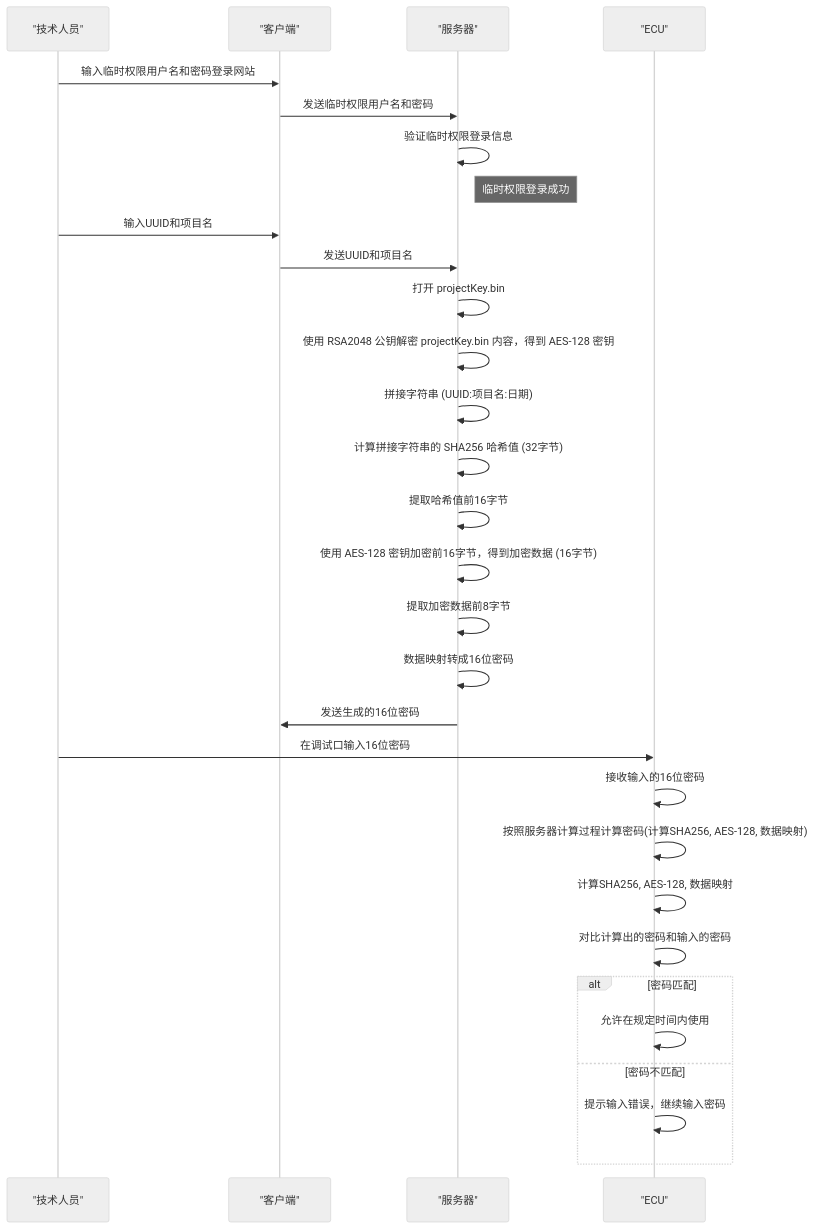
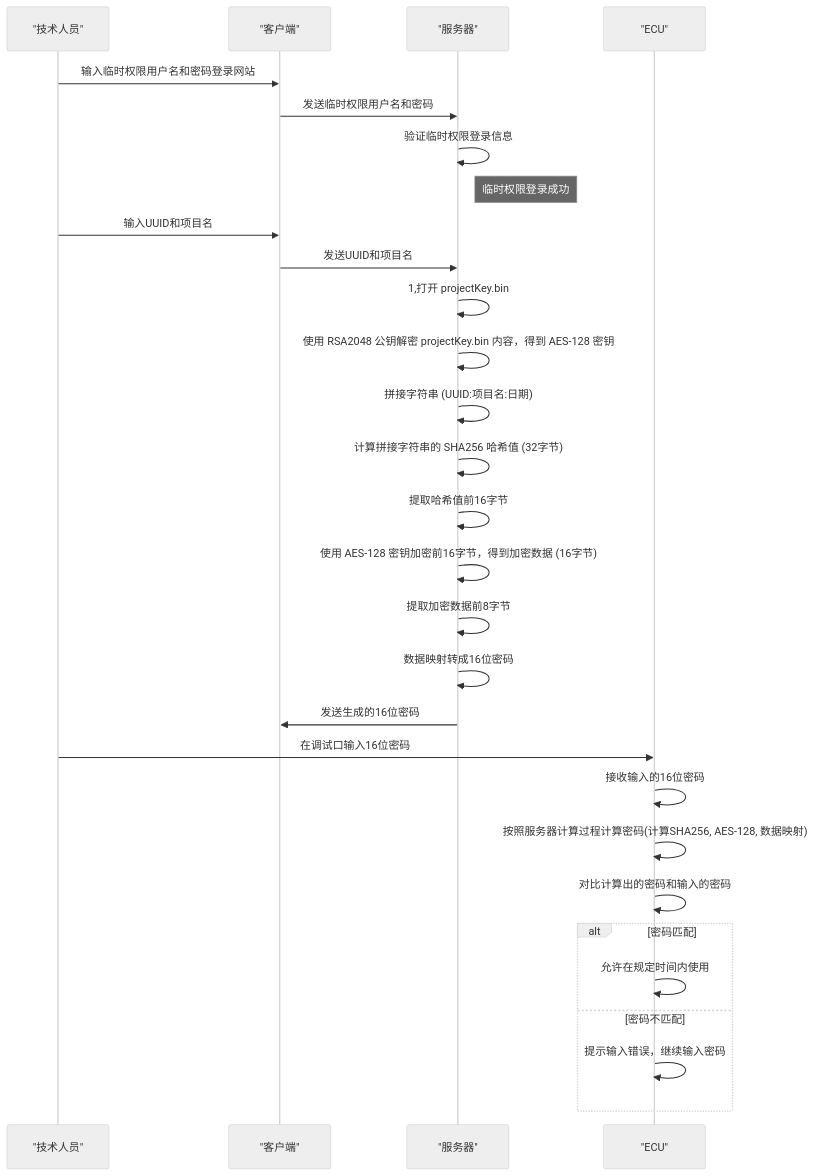
The diagram in all/未命名-7.md (facebook-cloud/iodraw-files), drawn with Mermaid (neutral theme) before and after one commit.

Commit message:
2026-01-05 20:44:04 update

````diff
--- a/all/未命名-7.md
+++ b/all/未命名-7.md
@@ -1,42 +1,41 @@
 ```mermaid
 sequenceDiagram
     participant Technician as "技术人员"
     participant Client as "客户端"
     participant Server as "服务器"
     participant ECU as "ECU"
 
     Technician->>Client: 输入临时权限用户名和密码登录网站
     Client->>Server: 发送临时权限用户名和密码
 
     Server->>Server: 验证临时权限登录信息
     Note right of Server: 临时权限登录成功
 
     Technician->>Client: 输入UUID和项目名
     Client->>Server: 发送UUID和项目名
 
-    Server->>Server: 打开 projectKey.bin
+    Server->>Server: 1,打开 projectKey.bin
     Server->>Server: 使用 RSA2048 公钥解密 projectKey.bin 内容，得到 AES-128 密钥
 
     Server->>Server: 拼接字符串 (UUID:项目名:日期)
     Server->>Server: 计算拼接字符串的 SHA256 哈希值 (32字节)
     Server->>Server: 提取哈希值前16字节
     Server->>Server: 使用 AES-128 密钥加密前16字节，得到加密数据 (16字节)
     Server->>Server: 提取加密数据前8字节
     Server->>Server: 数据映射转成16位密码
 
     Server->>Client: 发送生成的16位密码
 
     Technician->>ECU: 在调试口输入16位密码
 
     ECU->>ECU: 接收输入的16位密码
     ECU->>ECU: 按照服务器计算过程计算密码(计算SHA256, AES-128, 数据映射)
-    ECU->>ECU: 计算SHA256, AES-128, 数据映射
 
     ECU->>ECU: 对比计算出的密码和输入的密码
     alt 密码匹配
         ECU->>ECU: 允许在规定时间内使用
     else 密码不匹配
         ECU->>ECU: 提示输入错误，继续输入密码
     end
 
 ```
````
